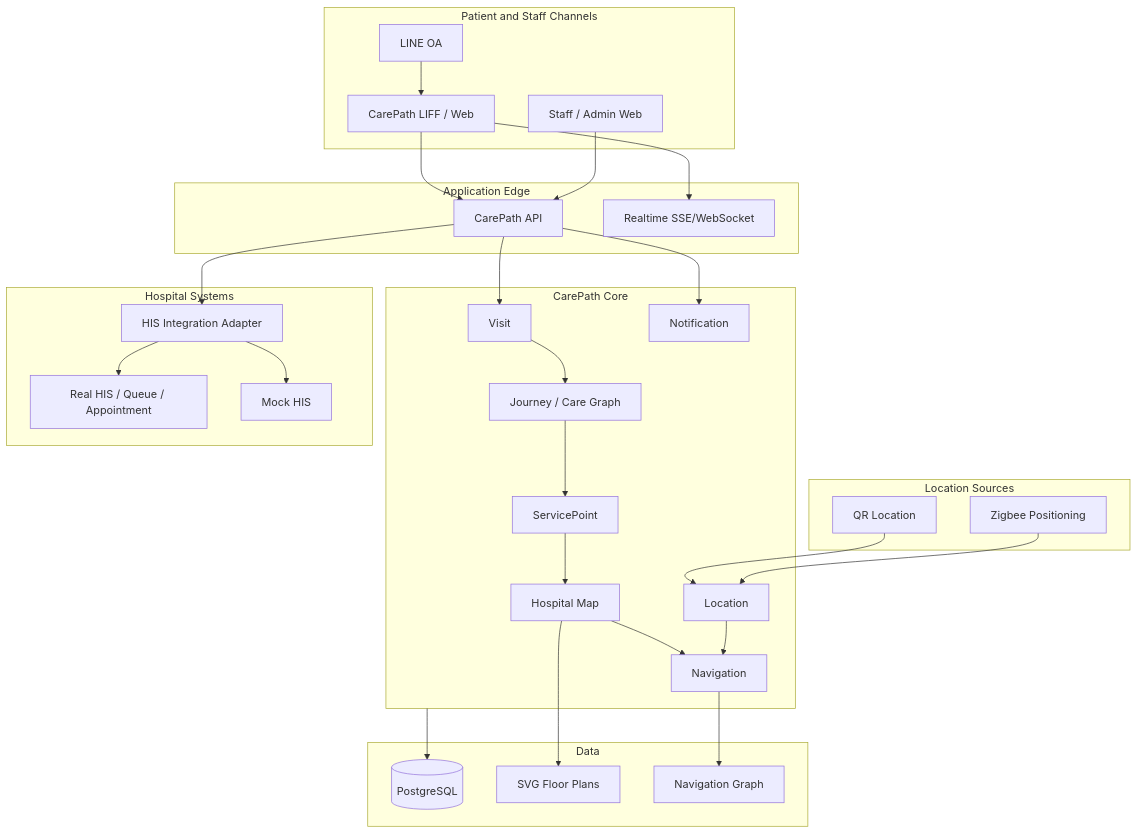
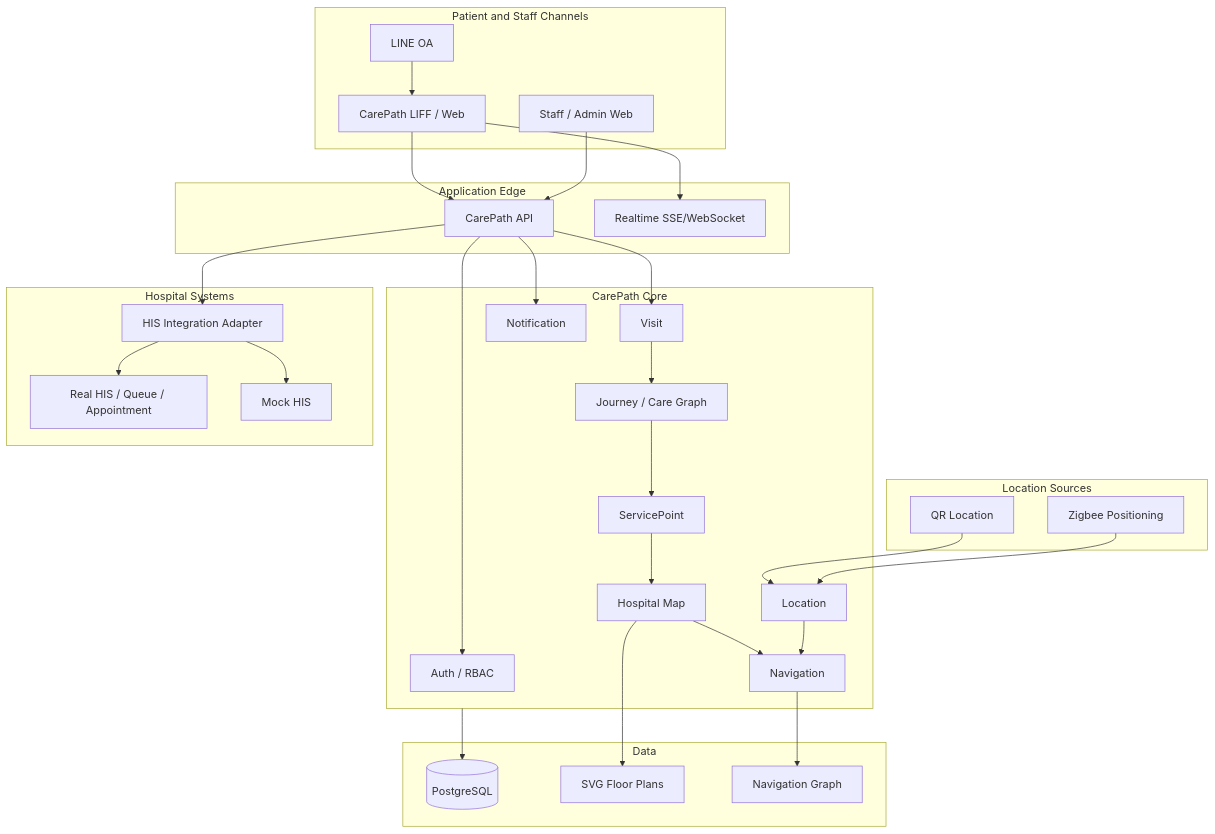
The diagram in docs/architecture/system-architecture.md (somprasongd/carepath), drawn with Mermaid before and after one commit. The commit also changed other lines of this file and 24 other files, not shown here.

````diff
--- a/docs/architecture/system-architecture.md
+++ b/docs/architecture/system-architecture.md
@@ -7,64 +7,66 @@
 ```mermaid
 flowchart TB
     subgraph CHANNELS[Patient and Staff Channels]
       LINE[LINE OA]
       LIFF[CarePath LIFF / Web]
       ADMIN[Staff / Admin Web]
       LINE --> LIFF
     end
 
     subgraph EDGE[Application Edge]
       API[CarePath API]
       RT[Realtime SSE/WebSocket]
     end
 
     LIFF --> API
     ADMIN --> API
+    API --> AUTH
     LIFF --> RT
 
     subgraph CORE[CarePath Core]
+      AUTH[Auth / RBAC]
       VISIT[Visit]
       JOURNEY[Journey / Care Graph]
       SP[ServicePoint]
       MAP[Hospital Map]
       NAV[Navigation]
       LOC[Location]
       NOTICE[Notification]
     end
 
     API --> VISIT
     VISIT --> JOURNEY
     JOURNEY --> SP
     SP --> MAP
     MAP --> NAV
     LOC --> NAV
     API --> NOTICE
 
     subgraph DATA[Data]
       PG[(PostgreSQL)]
       SVG[SVG Floor Plans]
       GRAPH[Navigation Graph]
     end
 
     CORE --> PG
     MAP --> SVG
     NAV --> GRAPH
 
     subgraph HIS[Hospital Systems]
       ADAPTER[HIS Integration Adapter]
       REALHIS[Real HIS / Queue / Appointment]
       MOCK[Mock HIS]
     end
 
     API --> ADAPTER
     ADAPTER --> REALHIS
     ADAPTER --> MOCK
 
     subgraph LOCATION[Location Sources]
       QR[QR Location]
       ZB[Zigbee Positioning]
     end
 
     QR --> LOC
     ZB --> LOC
 ```
````
